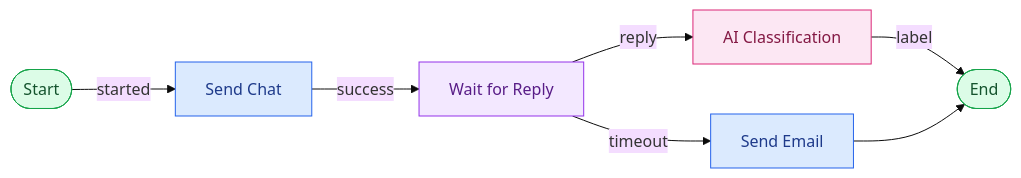
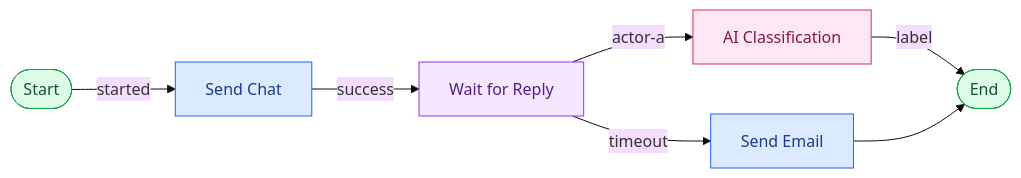
The diagram in public/documentation/01-pengenalan.md (Nazyli/simflow-web), drawn with Mermaid (base theme) before and after one commit. The commit also changed 8 other files, not shown here.

````diff
--- a/public/documentation/01-pengenalan.md
+++ b/public/documentation/01-pengenalan.md
@@ -23,18 +23,18 @@
 ```mermaid
 flowchart LR
     A([Start]) -->|started| B[Send Chat]
     B -->|success| C[Wait for Reply]
-    C -->|reply| D[AI Classification]
+    C -->|actor-a| D[AI Classification]
     C -->|timeout| E[Send Email]
     D -->|label| F([End])
     E --> F
 
     classDef startend fill:#dcfce7,stroke:#16a34a,color:#14532d
     classDef action fill:#dbeafe,stroke:#2563eb,color:#1e3a8a
     classDef wait fill:#f3e8ff,stroke:#9333ea,color:#581c87
     classDef ai fill:#fce7f3,stroke:#db2777,color:#831843
     class A,F startend
     class B,E action
     class C wait
     class D ai
 ```
````
